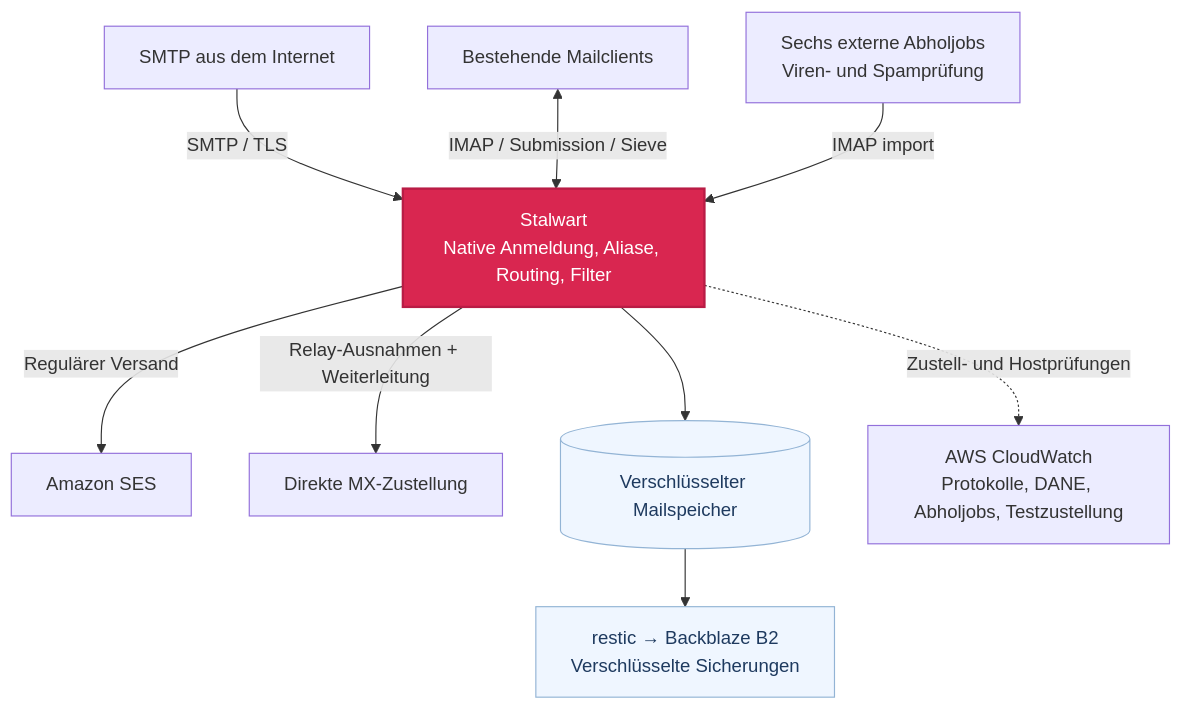
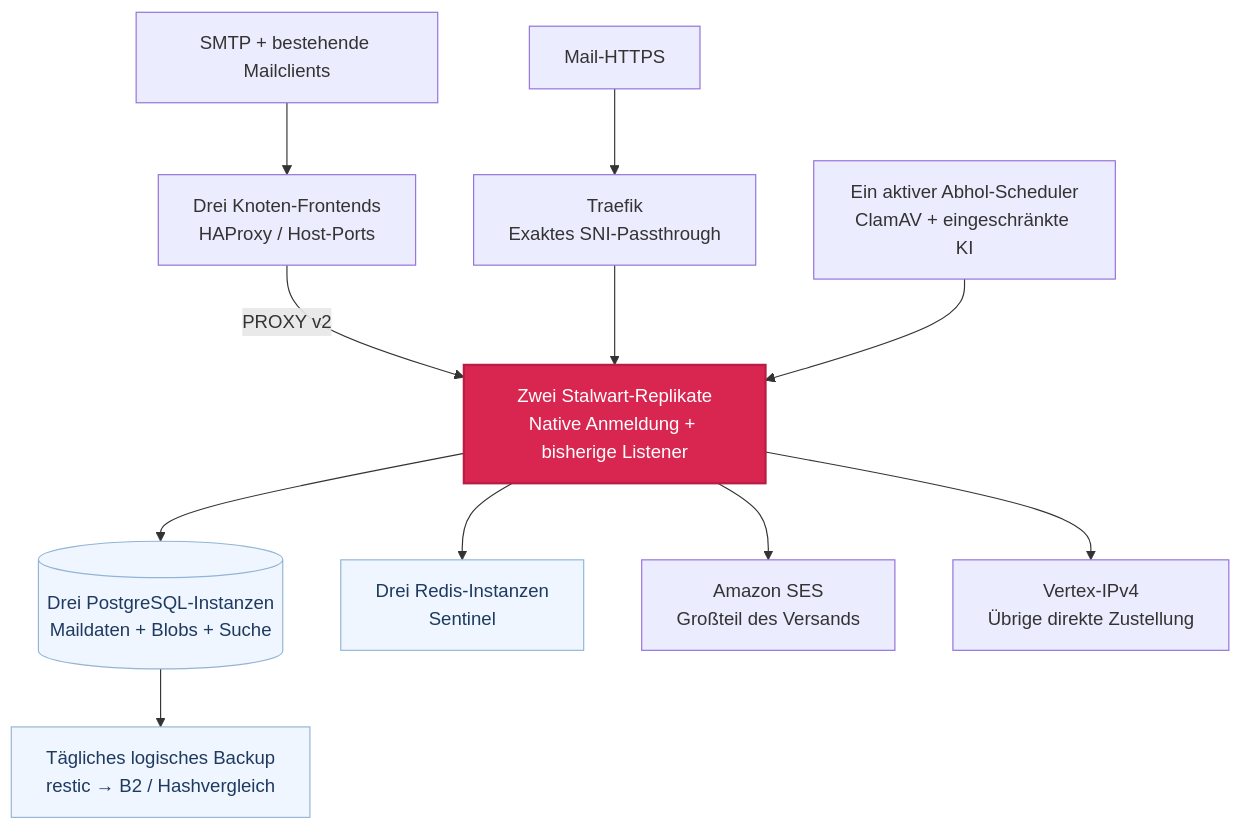
The diagram in docs/diagrams/pdcd-mail/de-architecture.mmd (Paul1404/astro-portfolio), drawn with Mermaid before and after one commit. The commit also changed 20 other files, not shown here.

Commit message:
Document the Stalwart migration and shared mail architecture on Vertex

```diff
--- a/docs/diagrams/pdcd-mail/de-architecture.mmd
+++ b/docs/diagrams/pdcd-mail/de-architecture.mmd
@@ -1,17 +1,17 @@
 flowchart TB
-  accTitle: Produktive Mailarchitektur
-  accDescr: Stalwart bedient bestehende Mailclients, empfängt SMTP und gefilterte Importe und versendet über SES oder direkte Zustellung. Verschlüsselter Speicher wird nach B2 gesichert, Hostprüfungen melden an CloudWatch.
-  Incoming["SMTP aus dem Internet"] -->|SMTP / TLS| Core
-  Clients["Bestehende Mailclients"] <-->|IMAP / Submission / Sieve| Core
-  Collectors["Sechs externe Abholjobs<br/>Viren- und Spamprüfung"] -->|IMAP import| Core
-  Core["Stalwart<br/>Native Anmeldung, Aliase, Routing, Filter"]:::core
-  Core -->|Regulärer Versand| SES["Amazon SES"]
-  Core -->|Relay-Ausnahmen + Weiterleitung| Direct["Direkte MX-Zustellung"]
-  Core --> Store[("Verschlüsselter Mailspeicher")]:::store
-  Store --> Backup["restic → Backblaze B2<br/>Verschlüsselte Sicherungen"]:::store
-  Core -. Zustell- und Hostprüfungen .-> Monitor["AWS CloudWatch<br/>Protokolle, DANE, Abholjobs, Testzustellung"]
+  accTitle: Mailarchitektur auf Vertex
+  accDescr: Drei HAProxy-Knoten-Frontends erhalten Clientadressen und Zielports für zwei Stalwart-Replikate. PostgreSQL hält Maildaten, Redis Sentinel flüchtige Zustände. Abholjobs und Hilfsdienste laufen auf Vertex. Logische Backups gehen nach B2. Die öffentliche SMTP-Erreichbarkeit wird noch unabhängig geprüft.
+  Clients["SMTP + bestehende Mailclients"] --> Edge["Drei Knoten-Frontends<br/>HAProxy / Host-Ports"]
+  Edge -->|PROXY v2| Core["Zwei Stalwart-Replikate<br/>Native Anmeldung + bisherige Listener"]:::core
+  Web["Mail-HTTPS"] --> Traefik["Traefik<br/>Exaktes SNI-Passthrough"] --> Core
+  Collect["Ein aktiver Abhol-Scheduler<br/>ClamAV + eingeschränkte KI"] --> Core
+  Core --> DB[("Drei PostgreSQL-Instanzen<br/>Maildaten + Blobs + Suche")]:::store
+  Core --> Redis["Drei Redis-Instanzen<br/>Sentinel"]:::store
+  DB --> Backup["Tägliches logisches Backup<br/>restic → B2 / Hashvergleich"]:::store
+  Core --> SES["Amazon SES<br/>Großteil des Versands"]
+  Core --> Direct["Vertex-IPv4<br/>Übrige direkte Zustellung"]
 
   classDef core fill:#d92650,color:#ffffff,stroke:#b91c45,stroke-width:2px
   classDef store fill:#eff6ff,color:#1e3a5f,stroke:#93b4d5
   classDef good fill:#ecfdf5,color:#14532d,stroke:#86b99e
   classDef warning fill:#fff1f2,color:#9f1239,stroke:#e8a3b4
```
